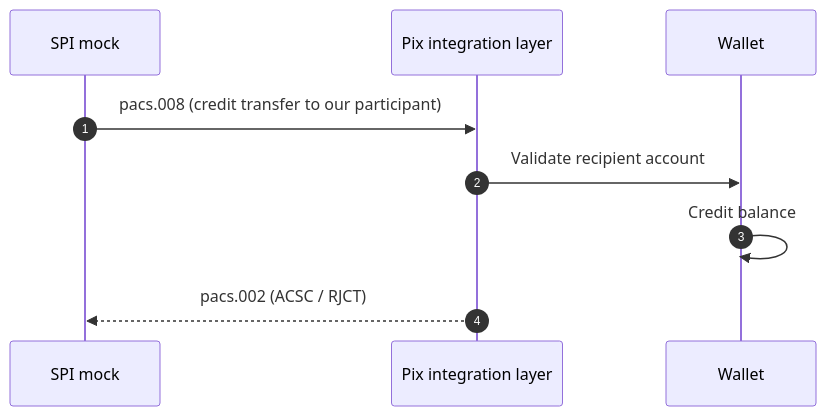
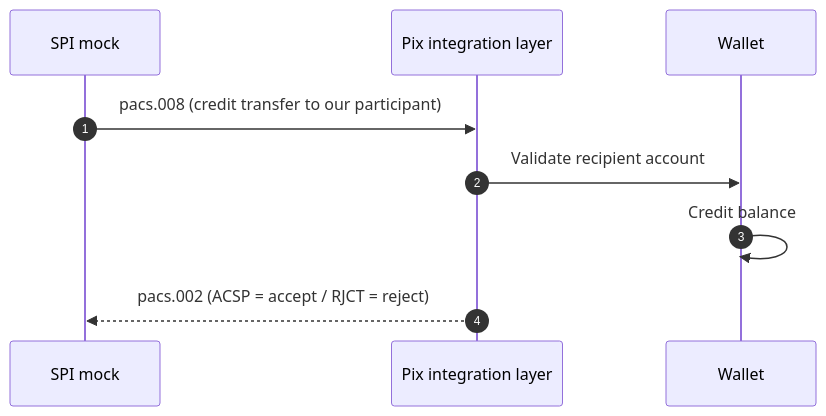
One commit to piovani/pix_fake changed the third of 5 diagrams in docs/architecture.md. Above: the diagram before and after it, drawn with Mermaid. The commit also changed other lines of this file and 4 other files, not shown here.

````diff
--- a/docs/architecture.md
+++ b/docs/architecture.md
@@ -79,12 +79,12 @@
 ```mermaid
 sequenceDiagram
     autonumber
     participant S as SPI mock
     participant P as Pix integration layer
     participant W as Wallet
 
     S->>P: pacs.008 (credit transfer to our participant)
     P->>W: Validate recipient account
     W->>W: Credit balance
-    P-->>S: pacs.002 (ACSC / RJCT)
+    P-->>S: pacs.002 (ACSP = accept / RJCT = reject)
 ```
````
